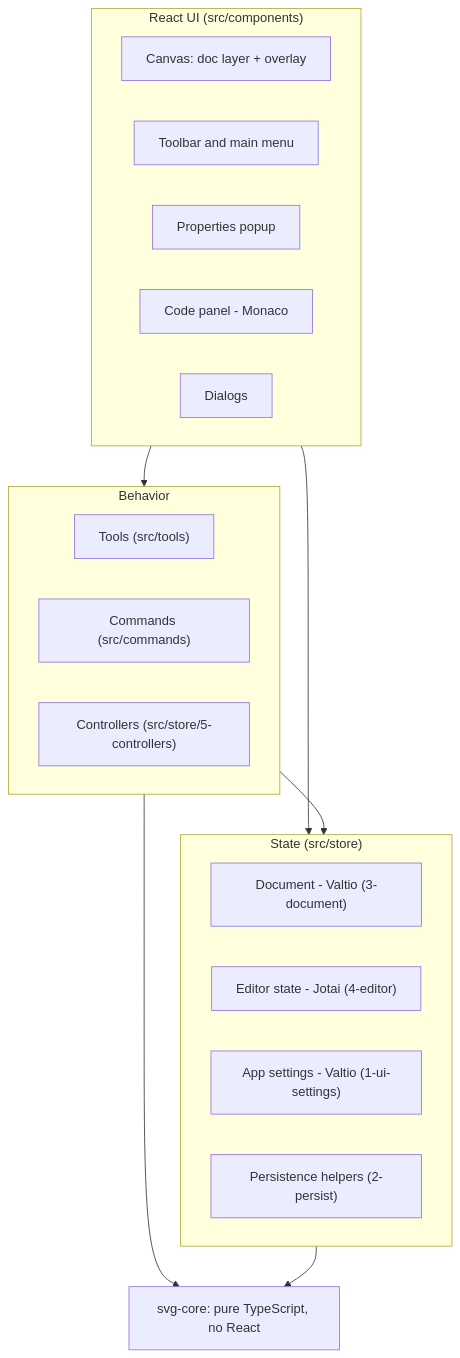
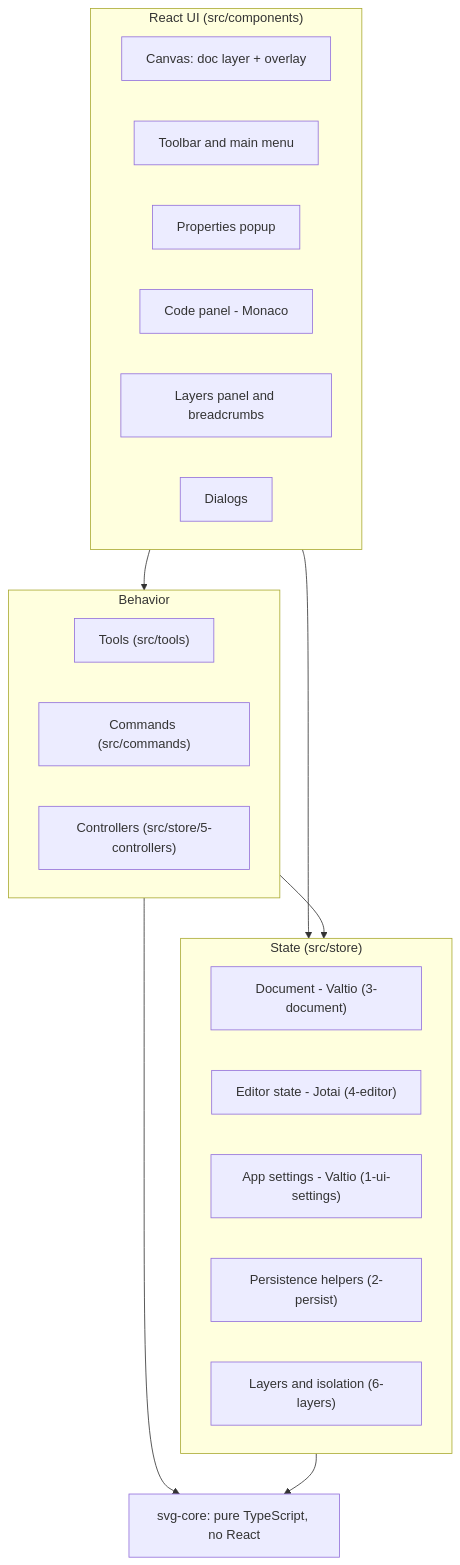
Before and after one commit to maxzz/svg-led: the first of 8 diagrams in README.md, drawn with Mermaid. The commit also changed other lines of this file and 2 other files, not shown here.

Commit message:
WIP. layers. reflect recent changes in the help dialog and README.md

````diff
--- a/README.md
+++ b/README.md
@@ -131,31 +151,33 @@
 ```mermaid
 flowchart TB
     subgraph ui["React UI (src/components)"]
         canvas[Canvas: doc layer + overlay]
         toolbar[Toolbar and main menu]
         props[Properties popup]
         code[Code panel - Monaco]
+        layers[Layers panel and breadcrumbs]
         dialogs[Dialogs]
     end
 
     subgraph behavior["Behavior"]
         tools["Tools (src/tools)"]
         commands["Commands (src/commands)"]
         controllers["Controllers (src/store/5-controllers)"]
     end
 
     subgraph state["State (src/store)"]
         doc["Document - Valtio (3-document)"]
         editor["Editor state - Jotai (4-editor)"]
         settings["App settings - Valtio (1-ui-settings)"]
         persist["Persistence helpers (2-persist)"]
+        isolation["Layers and isolation (6-layers)"]
     end
 
     core["svg-core: pure TypeScript, no React"]
 
     ui --> behavior
     ui --> state
     behavior --> state
     behavior --> core
     state --> core
 ```
````
